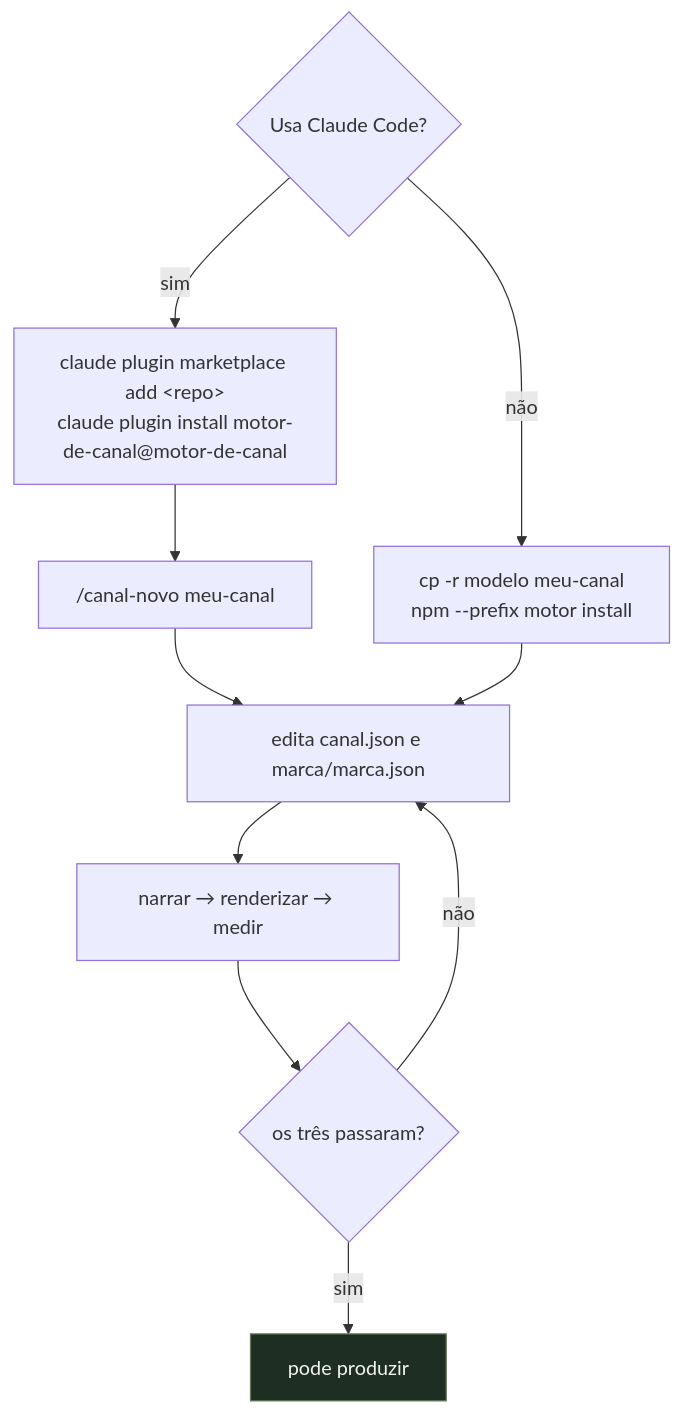
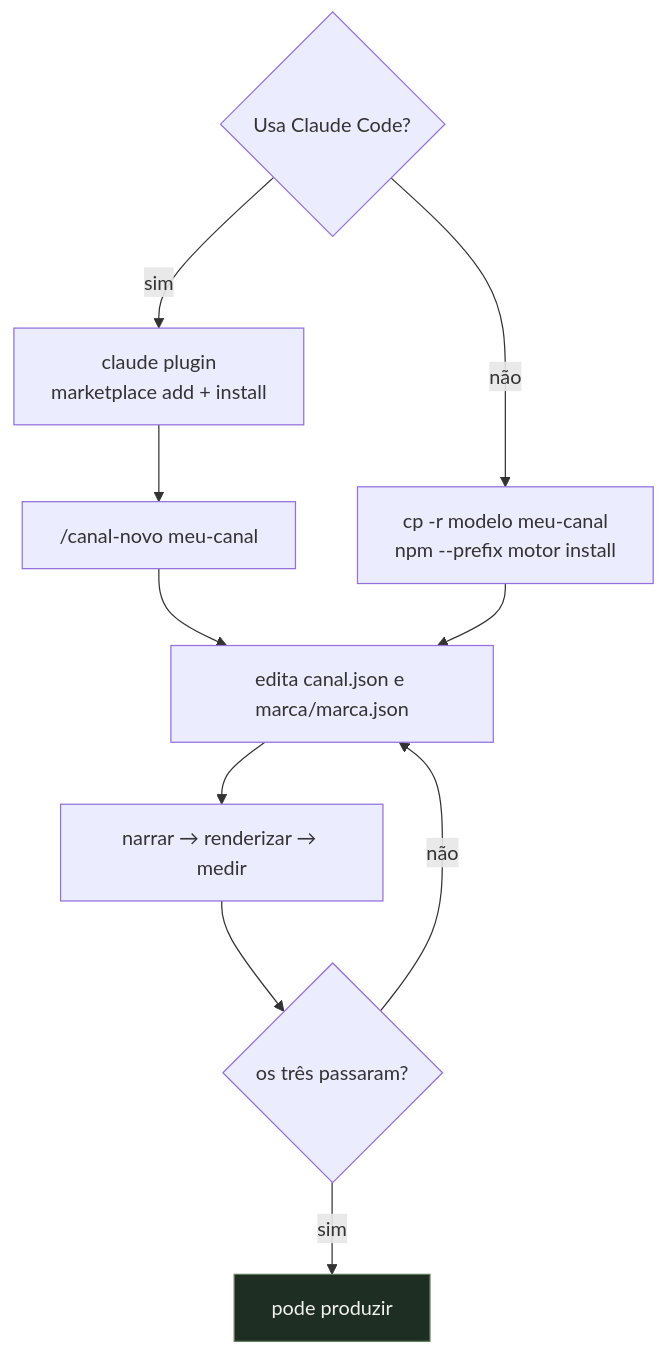
The second of 2 diagrams in README.md (claudiogpt/motor-de-canal), drawn with Mermaid before and after one commit. The commit also changed 7 other files, not shown here.

````diff
--- a/README.md
+++ b/README.md
@@ -57,14 +57,14 @@
 ```mermaid
 flowchart TD
-    A{"Usa Claude Code?"} -->|sim| B["claude plugin marketplace add &lt;repo&gt;<br/>claude plugin install motor-de-canal@motor-de-canal"]
+    A{"Usa Claude Code?"} -->|sim| B["claude plugin<br/>marketplace add + install"]
     B --> C["/canal-novo meu-canal"]
     A -->|não| D["cp -r modelo meu-canal<br/>npm --prefix motor install"]
     C --> E["edita canal.json e marca/marca.json"]
     D --> E
     E --> F["narrar → renderizar → medir"]
     F --> G{"os três passaram?"}
     G -->|sim| H["pode produzir"]
     G -->|não| E
 
     style H fill:#1f2e22,stroke:#5F7A58,color:#F2F2F0
 ```
````
